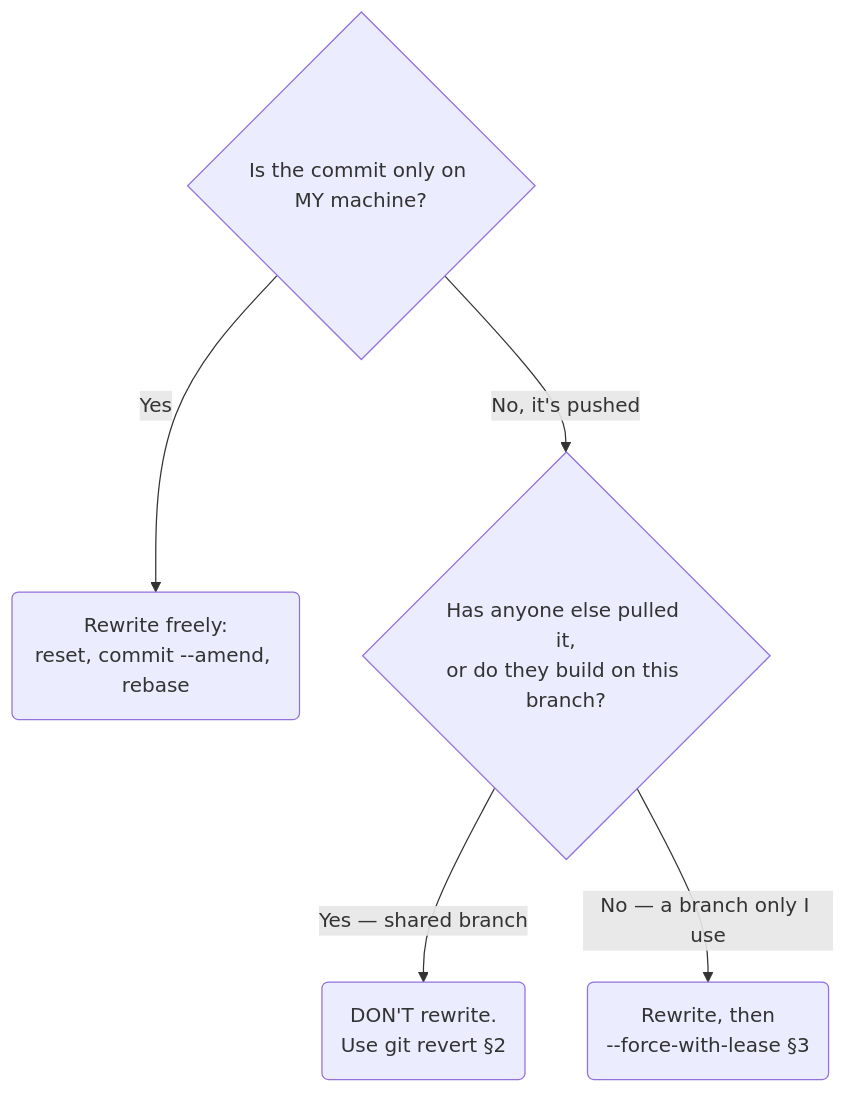
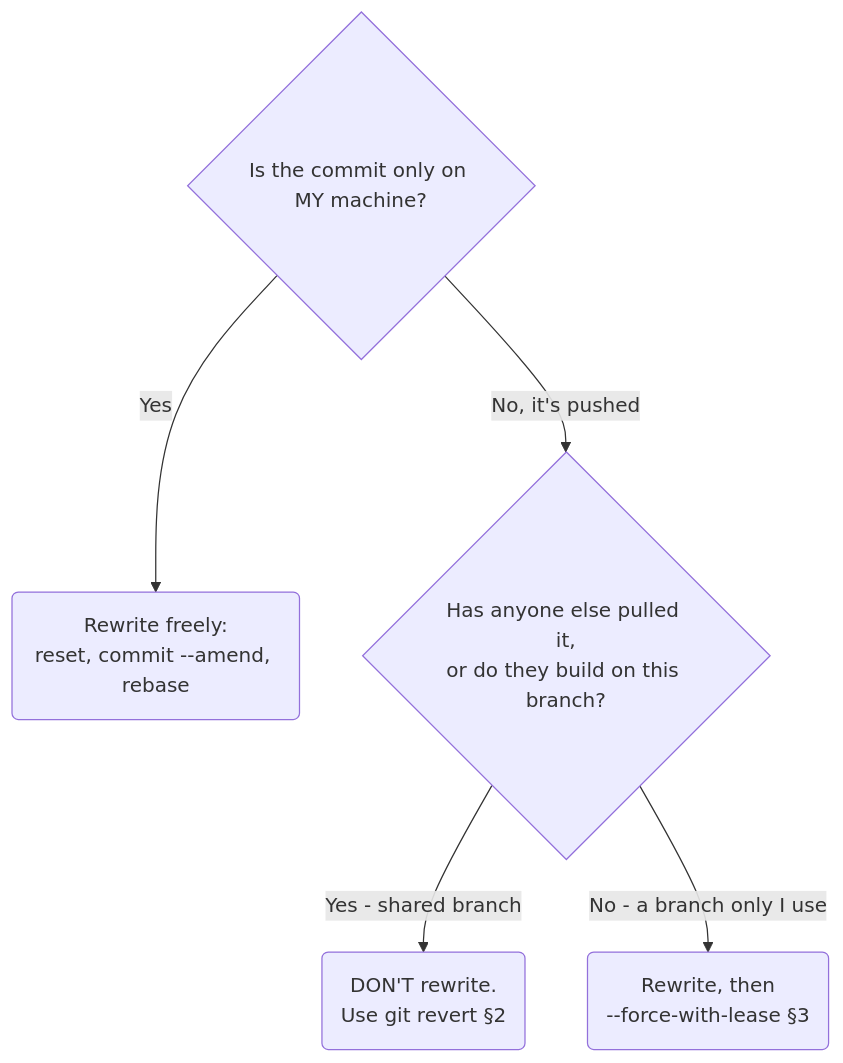
One commit to Topurrra/themissingmanual changed the diagram in guides/version-control/git-disaster-recovery/03-undoing-pushed-history.md. Above: the diagram before and after it, drawn with Mermaid. The commit also changed other lines of this file and 1072 other files, not shown here.

````diff
--- a/guides/version-control/git-disaster-recovery/03-undoing-pushed-history.md
+++ b/guides/version-control/git-disaster-recovery/03-undoing-pushed-history.md
@@ -36,7 +36,7 @@
 ```mermaid
 flowchart TD
   Q1{Is the commit only on MY machine?} -->|Yes| Free(Rewrite freely:<br/>reset, commit --amend, rebase)
   Q1 -->|No, it's pushed| Q2{Has anyone else pulled it,<br/>or do they build on this branch?}
-  Q2 -->|Yes — shared branch| Revert(DON'T rewrite.<br/>Use git revert §2)
-  Q2 -->|No — a branch only I use| Lease(Rewrite, then<br/>--force-with-lease §3)
+  Q2 -->|Yes - shared branch| Revert(DON'T rewrite.<br/>Use git revert §2)
+  Q2 -->|No - a branch only I use| Lease(Rewrite, then<br/>--force-with-lease §3)
 ```
````
